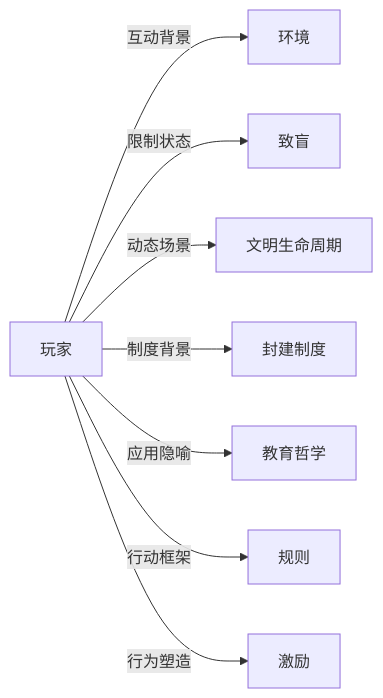
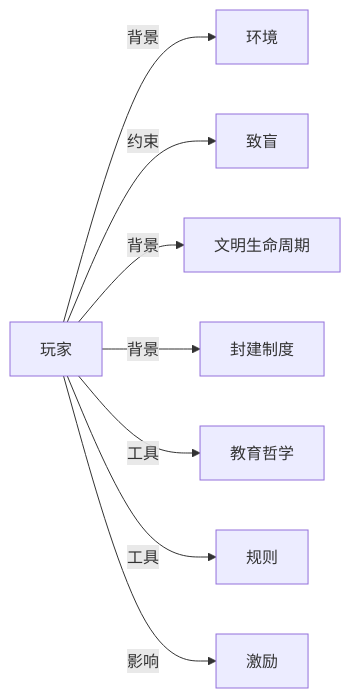
One commit to KIMMCHOW/MyKnowledge changed the diagram in Knowledge/Concepts/游戏/玩家.md. Above: the diagram before and after it, drawn with Mermaid. The commit also changed 95 other files, not shown here.

Commit message:
reorganize: 统一关系图边标签为11类

````diff
--- a/Knowledge/Concepts/游戏/玩家.md
+++ b/Knowledge/Concepts/游戏/玩家.md
@@ -47,10 +47,10 @@
 ```mermaid
 graph LR
-玩家 -->|互动背景| 环境
-玩家 -->|限制状态| 致盲
-玩家 -->|动态场景| 文明生命周期
-玩家 -->|制度背景| 封建制度
-玩家 -->|应用隐喻| 教育哲学
-玩家 -->|行动框架| 规则
-玩家 -->|行为塑造| 激励
+玩家 -->|背景| 环境
+玩家 -->|约束| 致盲
+玩家 -->|背景| 文明生命周期
+玩家 -->|背景| 封建制度
+玩家 -->|工具| 教育哲学
+玩家 -->|工具| 规则
+玩家 -->|影响| 激励
 ```
````
